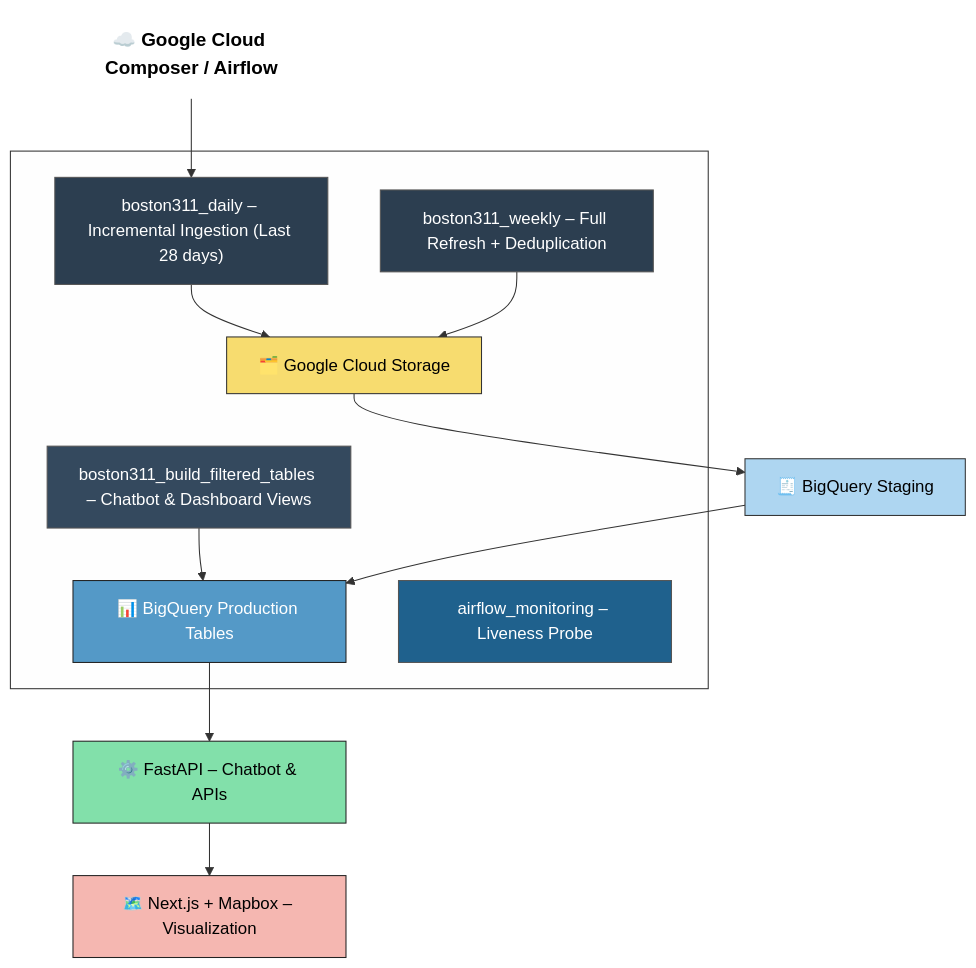
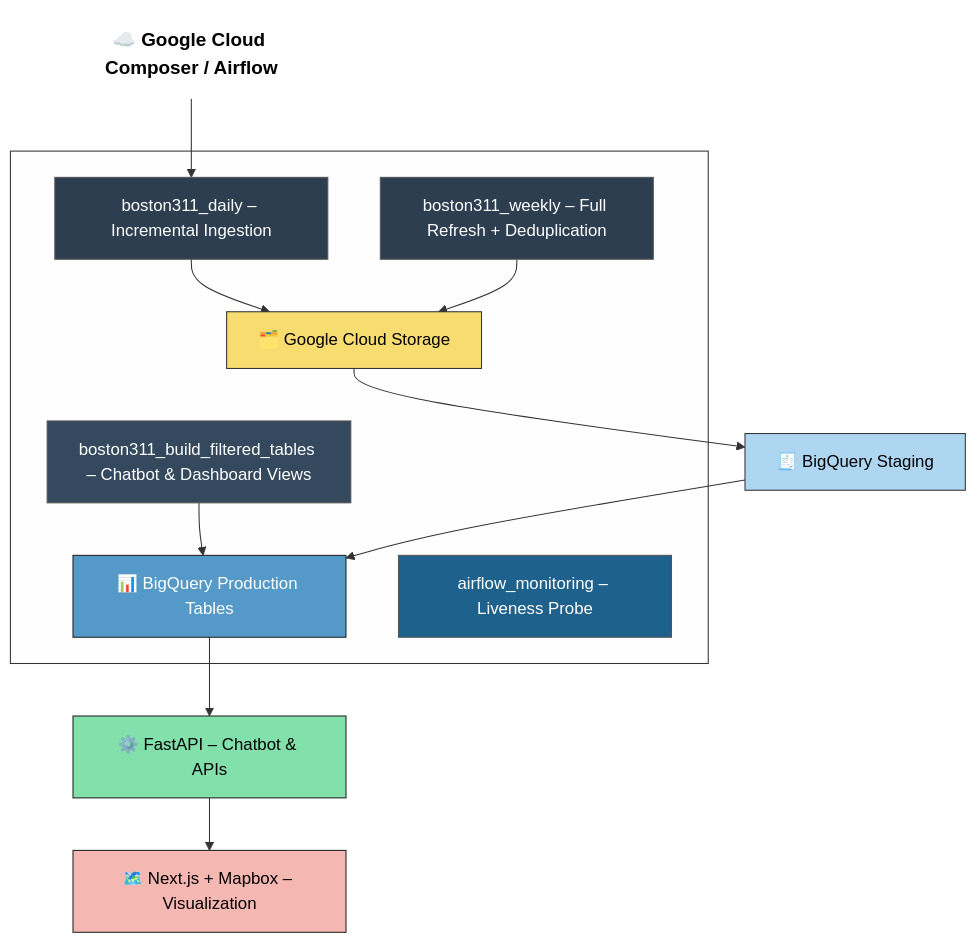
One commit to sharonjennifer/boston-311-ai-system changed the diagram in README.md. Above: the diagram before and after it, drawn with Mermaid.

````diff
--- a/README.md
+++ b/README.md
@@ -19,32 +19,32 @@
 ```mermaid
 flowchart TD
     T0["☁️ Google Cloud Composer / Airflow"]:::title
 
     subgraph Composer[" "]
-        D1["boston311_daily – Incremental Ingestion (Last 28 days)"] --> GCS["🗂️ Google Cloud Storage"]
+        D1["boston311_daily – Incremental Ingestion "] --> GCS["🗂️ Google Cloud Storage"]
         D2["boston311_weekly – Full Refresh + Deduplication"] --> GCS
         D3["boston311_build_filtered_tables – Chatbot & Dashboard Views"] --> BQ2["📊 BigQuery Production Tables"]
         D4["airflow_monitoring – Liveness Probe"]
     end
 
     GCS --> BQ1["🧾 BigQuery Staging"]
     BQ1 --> BQ2
     BQ2 --> API["⚙️ FastAPI – Chatbot & APIs"]
     API --> WEB["🗺️ Next.js + Mapbox – Visualization"]
 
     %% Connect Title to Subgraph
     T0 --> D1
 
     %% Styling
     classDef title fill:#ffffff,stroke:none,font-weight:bold,font-size:18px,color:#000,text-align:center;
     style Composer fill:#fefefe,stroke:#333,stroke-width:1px
     style GCS fill:#f7dc6f,stroke:#333,stroke-width:1px,color:#000
     style BQ1 fill:#aed6f1,stroke:#333,stroke-width:1px,color:#000
     style BQ2 fill:#5499c7,stroke:#222,stroke-width:1px,color:#fff
     style API fill:#82e0aa,stroke:#222,stroke-width:1px,color:#000
     style WEB fill:#f5b7b1,stroke:#222,stroke-width:1px,color:#000
     style D1 fill:#2c3e50,stroke:#555,stroke-width:1px,color:#fff
     style D2 fill:#2c3e50,stroke:#555,stroke-width:1px,color:#fff
     style D3 fill:#34495e,stroke:#555,stroke-width:1px,color:#fff
     style D4 fill:#1f618d,stroke:#555,stroke-width:1px,color:#fff
 ```
````
